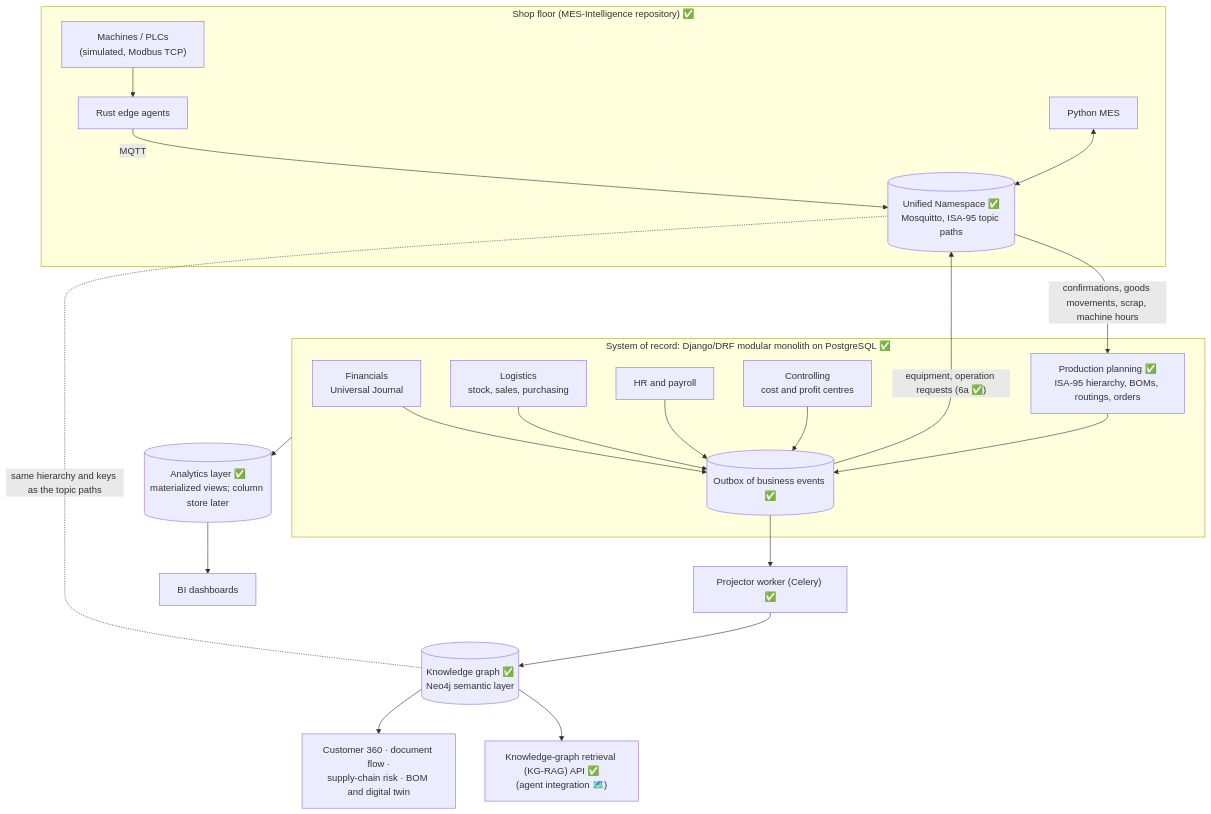
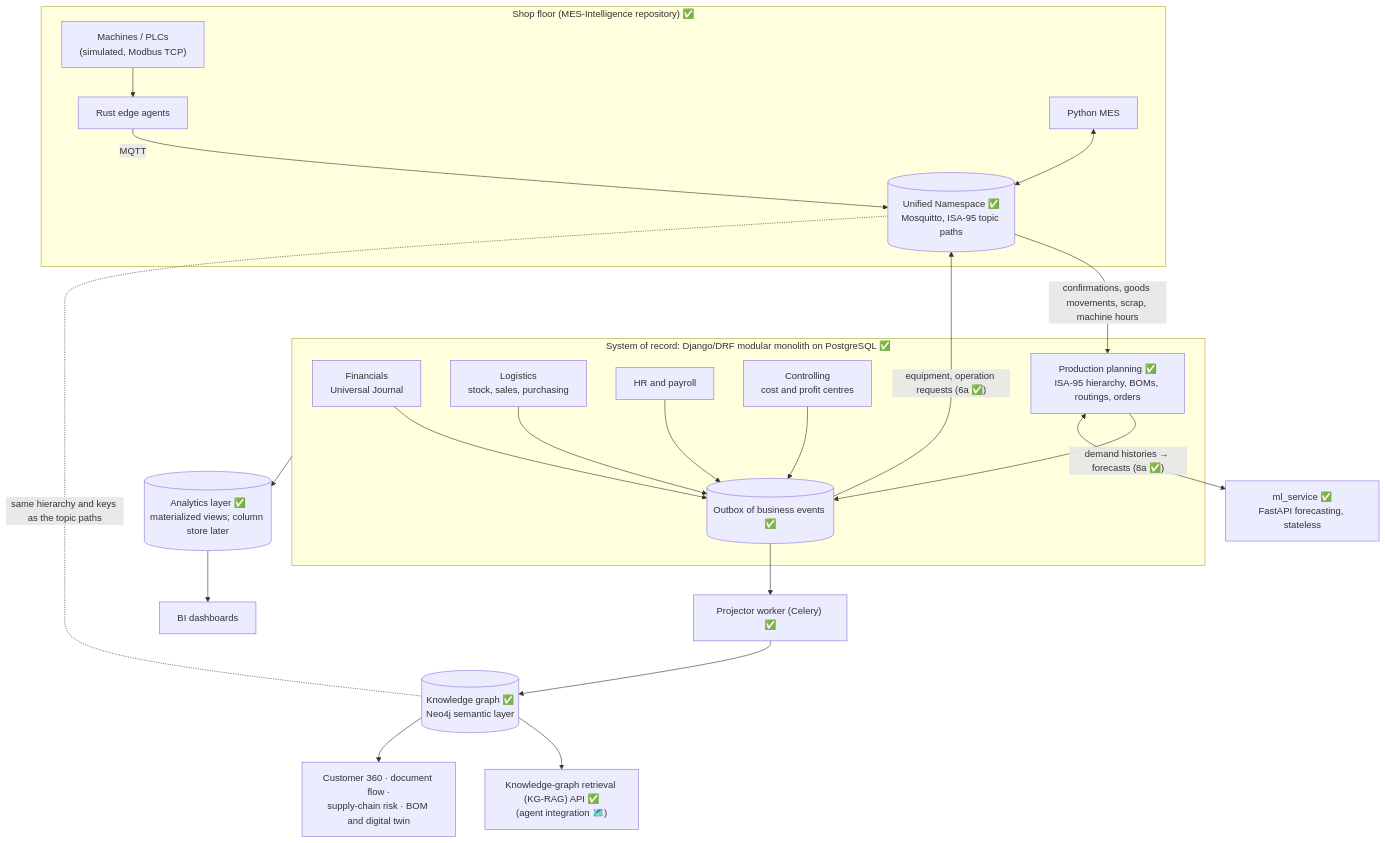
Before and after one commit to mokwenaanthony-dev/ERP-Intelligence: the diagram in docs/ARCHITECTURE.md, drawn with Mermaid. The commit also changed other lines of this file and 47 other files, not shown here.

Commit message:
Wave 8a: demand forecasting - ml_service (FastAPI), demand history, forecast runs

````diff
--- a/docs/ARCHITECTURE.md
+++ b/docs/ARCHITECTURE.md
@@ -13,30 +13,31 @@
 ```mermaid
 flowchart TB
     subgraph Floor["Shop floor (MES-Intelligence repository) ✅"]
         PLC["Machines / PLCs<br/>(simulated, Modbus TCP)"] --> EDGE["Rust edge agents"]
         EDGE -- "MQTT" --> UNS[("Unified Namespace ✅<br/>Mosquitto, ISA-95 topic paths")]
         MES["Python MES"] <--> UNS
     end
 
     subgraph Core["System of record: Django/DRF modular monolith on PostgreSQL ✅"]
         FI["Financials<br/>Universal Journal"]
         LO["Logistics<br/>stock, sales, purchasing"]
         HR["HR and payroll"]
         CO["Controlling<br/>cost and profit centres"]
         PP["Production planning ✅<br/>ISA-95 hierarchy, BOMs, routings, orders"]
         OUT[("Outbox of business events ✅")]
         FI & LO & HR & CO & PP --> OUT
     end
 
     UNS -- "confirmations, goods movements, scrap, machine hours" --> PP
     OUT -- "equipment, operation requests (6a ✅)" --> UNS
     KG -. "same hierarchy and keys as the topic paths" .- UNS
 
     OUT --> PROJ["Projector worker (Celery) ✅"]
     PROJ --> KG[("Knowledge graph ✅<br/>Neo4j semantic layer")]
     Core --> AN[("Analytics layer ✅<br/>materialized views; column store later")]
 
     KG --> RAG["Knowledge-graph retrieval (KG-RAG) API ✅<br/>(agent integration 🗺️)"]
     KG --> APPS["Customer 360 · document flow ·<br/>supply-chain risk · BOM and digital twin"]
     AN --> BI["BI dashboards"]
+    PP <-- "demand histories → forecasts (8a ✅)" --> ML["ml_service ✅<br/>FastAPI forecasting, stateless"]
 ```
````
